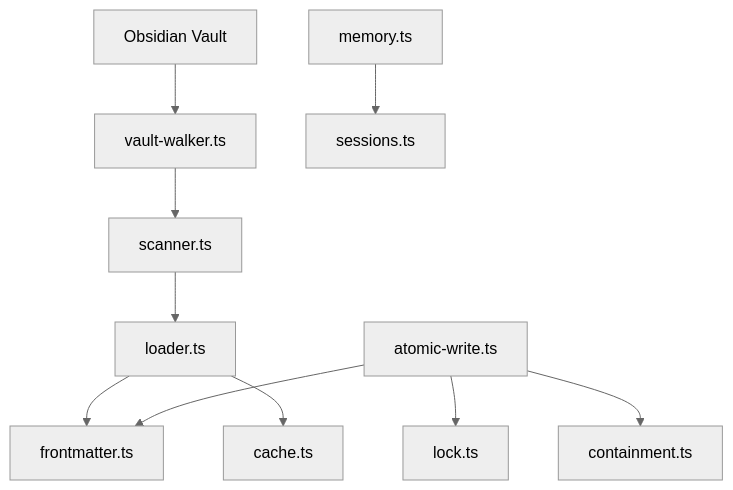
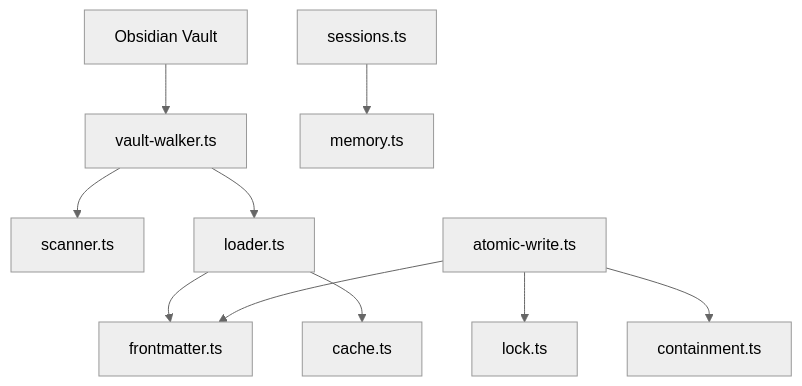
One commit to Kuldeep2822k/palee-architecture changed the fifth of 11 diagrams in Architecture Overview/Architecture Overview.md. Above: the diagram before and after it, drawn with Mermaid (neutral theme). The commit also changed other lines of this file and 6 other files, not shown here.

Commit message:
docs(overview): fix layering rule, flowchart edges and atomic-write order

````diff
--- a/Architecture Overview/Architecture Overview.md
+++ b/Architecture Overview/Architecture Overview.md
@@ -263,24 +263,24 @@
 ```mermaid
 flowchart TD
     Vault["Obsidian Vault"]
     Walker["vault-walker.ts"]
     Scanner["scanner.ts"]
     Loader["loader.ts"]
     Frontmatter["frontmatter.ts"]
     Cache["cache.ts"]
     Lock["lock.ts"]
     AtomicWrite["atomic-write.ts"]
     Containment["containment.ts"]
     Memory["memory.ts"]
     Sessions["sessions.ts"]
 
     Vault --> Walker
     Walker --> Scanner
-    Scanner --> Loader
+    Walker --> Loader
     Loader --> Frontmatter
     Loader --> Cache
     AtomicWrite --> Frontmatter
     AtomicWrite --> Lock
     AtomicWrite --> Containment
-    Memory --> Sessions
+    Sessions --> Memory
 ```
````
